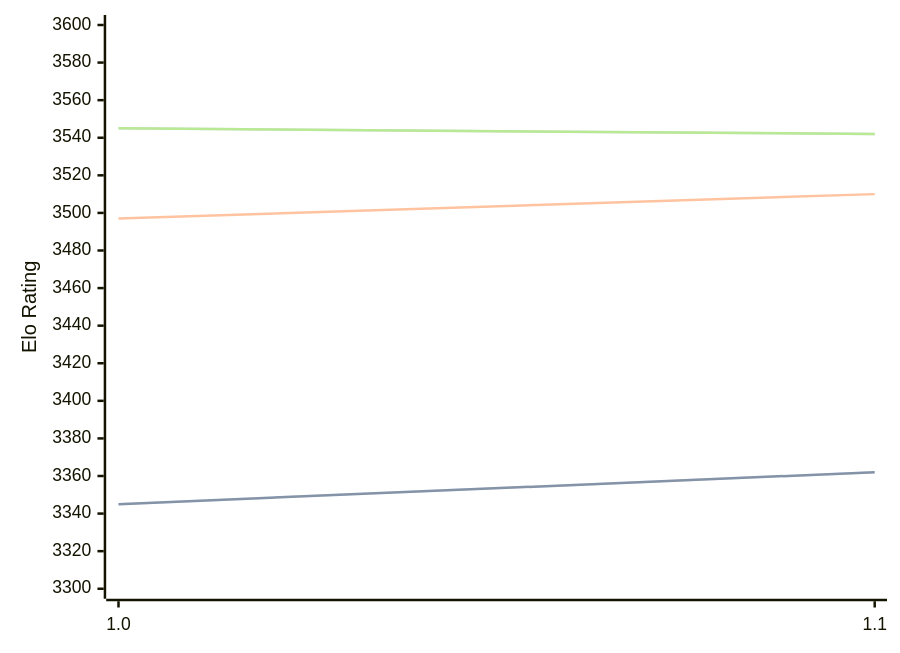
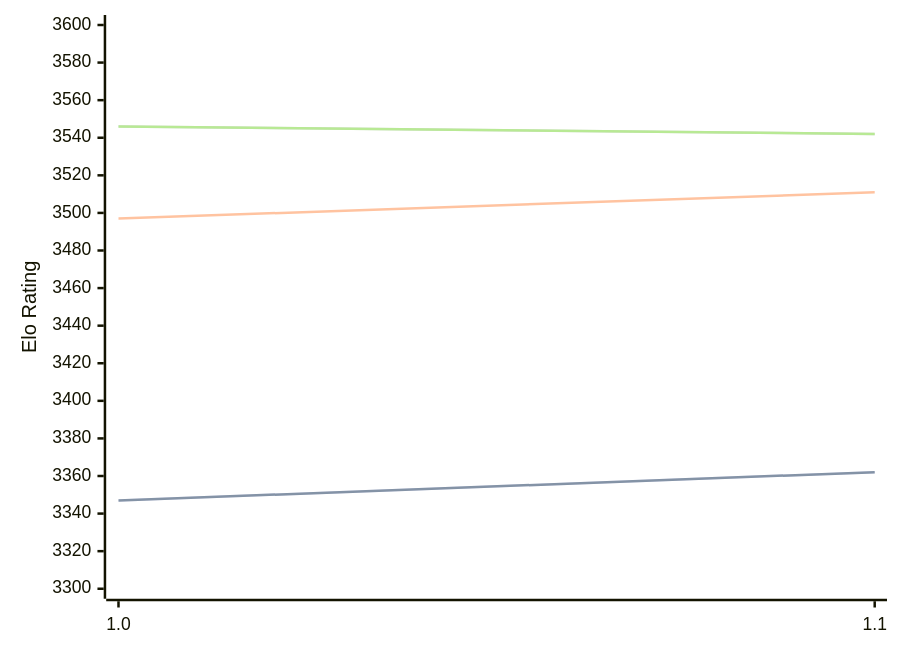
Before and after one commit to computer-chess-index/cci: the diagram in engines/Horsie.md, drawn with Mermaid. The commit also changed other lines of this file, not shown here.

Commit message:
Update CCI Ratings (ELO VLTC) - 2026-10-08

````diff
--- a/engines/Horsie.md
+++ b/engines/Horsie.md
@@ -32,11 +32,11 @@
 ```mermaid
 %%{init: {"theme":"base","themeVariables":{"seriesColors:['#a3a3a3','#222221','#faa371']}}}%%
 xychart-beta
   x-axis ["1.0", "1.1"]
   y-axis "Elo Rating" 3300 --> 3600
-  line "" [3345, 3362]
-  line "STC (8.0+0.08s)" [3345, 3362]
-  line "LTC (60.0+0.60s)" [3497, 3510]
-  line "" [3545, 3542]
-  line "VLTC (2m24s+1.12s)" [3545, 3542]
+  line "" [3347, 3362]
+  line "STC (8.0+0.08s)" [3347, 3362]
+  line "LTC (60.0+0.60s)" [3497, 3511]
+  line "" [3546, 3542]
+  line "VLTC (2m24s+1.12s)" [3546, 3542]
 ```
````
